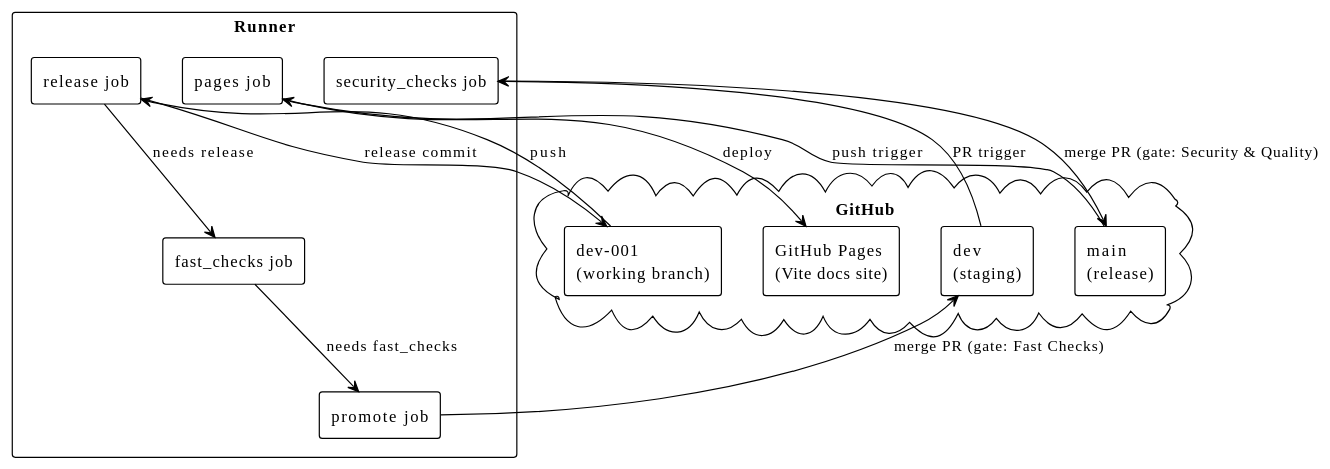
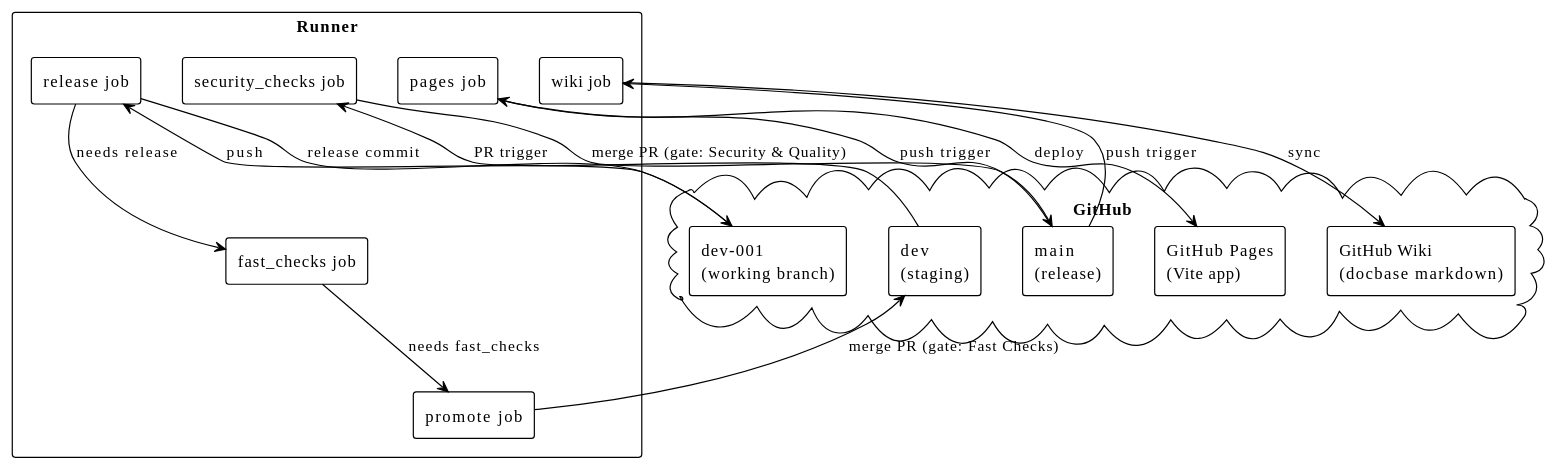
One commit to Mcc-Mak/opencode-workflow-demo changed the fourth of 4 diagrams in docbase/docs/CICD-Pipeline.md. Above: the diagram before and after it, drawn with PlantUML. The commit also changed other lines of this file and 29 other files, not shown here.

First line of the commit message:
feat: deploy codebase to Pages, docbase to Wiki (0.4.0)

````diff
--- a/docbase/docs/CICD-Pipeline.md
+++ b/docbase/docs/CICD-Pipeline.md
@@ -120,31 +129,35 @@
 ```plantuml
 @startuml
 !theme plain
 skinparam componentStyle rectangle
 
 cloud "GitHub" as GH {
   rectangle "dev-001\n(working branch)" as dev001
   rectangle "dev\n(staging)" as dev
   rectangle "main\n(release)" as main
-  rectangle "GitHub Pages\n(Vite docs site)" as pages
+  rectangle "GitHub Pages\n(Vite app)" as pages
+  rectangle "GitHub Wiki\n(docbase markdown)" as wiki
 }
 
 rectangle "Runner" as runner {
   rectangle "release job" as rls
   rectangle "fast_checks job" as fc
   rectangle "promote job" as prom
   rectangle "security_checks job" as sec
   rectangle "pages job" as pg
+  rectangle "wiki job" as wk
 }
 
 dev001 --> rls : push
 rls --> dev001 : release commit
 rls --> fc : needs release
 fc --> prom : needs fast_checks
 prom --> dev : merge PR (gate: Fast Checks)
 dev --> sec : PR trigger
 sec --> main : merge PR (gate: Security & Quality)
 main --> pg : push trigger
 pg --> pages : deploy
+main --> wk : push trigger
+wk --> wiki : sync
 @enduml
 ```
````
